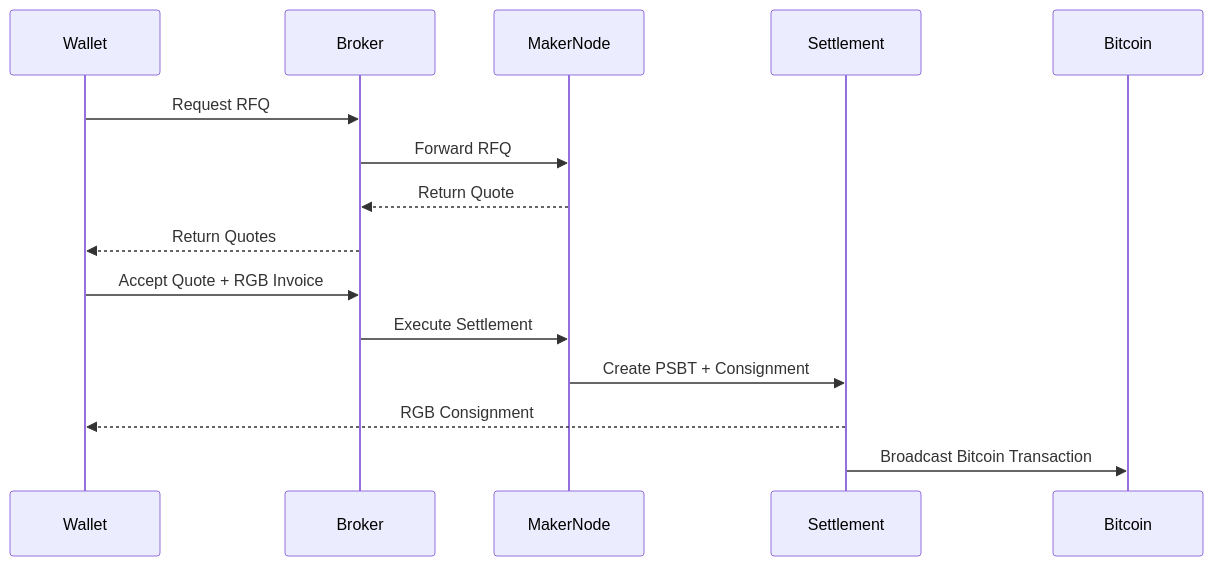
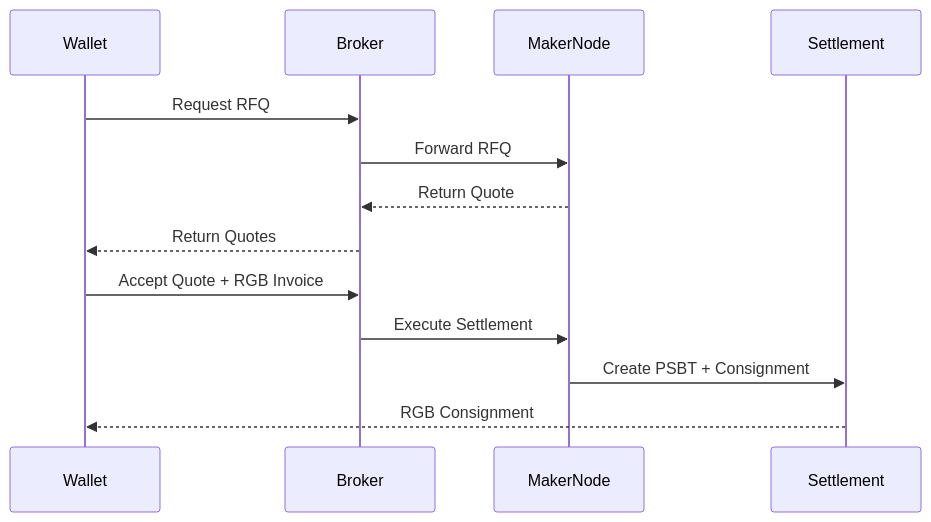
Before and after one commit to pxr64/rgb-proposal: the diagram in README.md, drawn with Mermaid. The commit also changed other lines of this file and 3 other files, not shown here.

Commit message:
Update README, add architecture and milestones documentation, and include MIT license

````diff
--- a/README.md
+++ b/README.md
@@ -43,21 +50,19 @@
 ```mermaid
 sequenceDiagram
     participant Wallet
     participant Broker
     participant MakerNode
     participant Settlement
-    participant Bitcoin
 
     Wallet->>Broker: Request RFQ
     Broker->>MakerNode: Forward RFQ
     MakerNode-->>Broker: Return Quote
     Broker-->>Wallet: Return Quotes
 
     Wallet->>Broker: Accept Quote + RGB Invoice
     Broker->>MakerNode: Execute Settlement
 
     MakerNode->>Settlement: Create PSBT + Consignment
 
     Settlement-->>Wallet: RGB Consignment
-    Settlement->>Bitcoin: Broadcast Bitcoin Transaction
 ```
````
